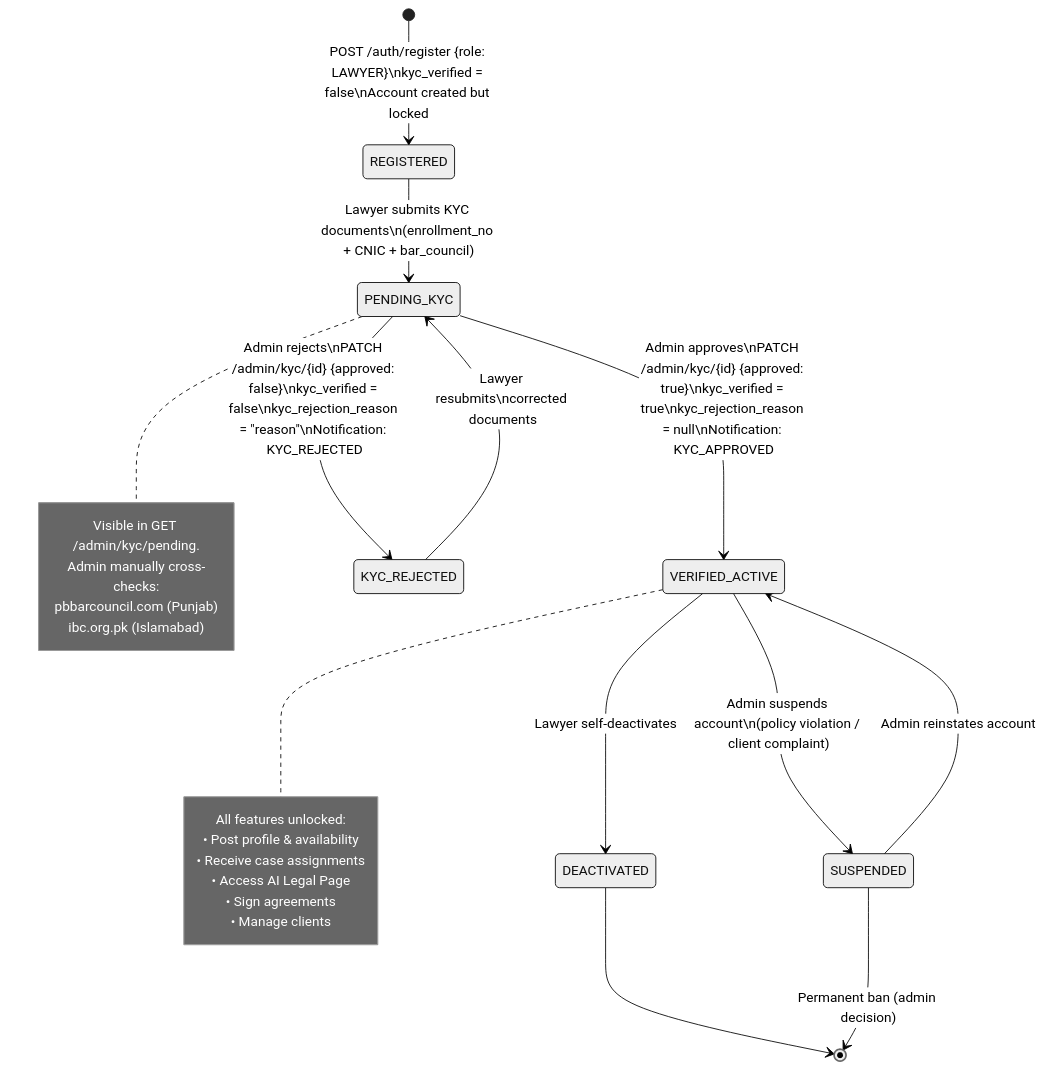
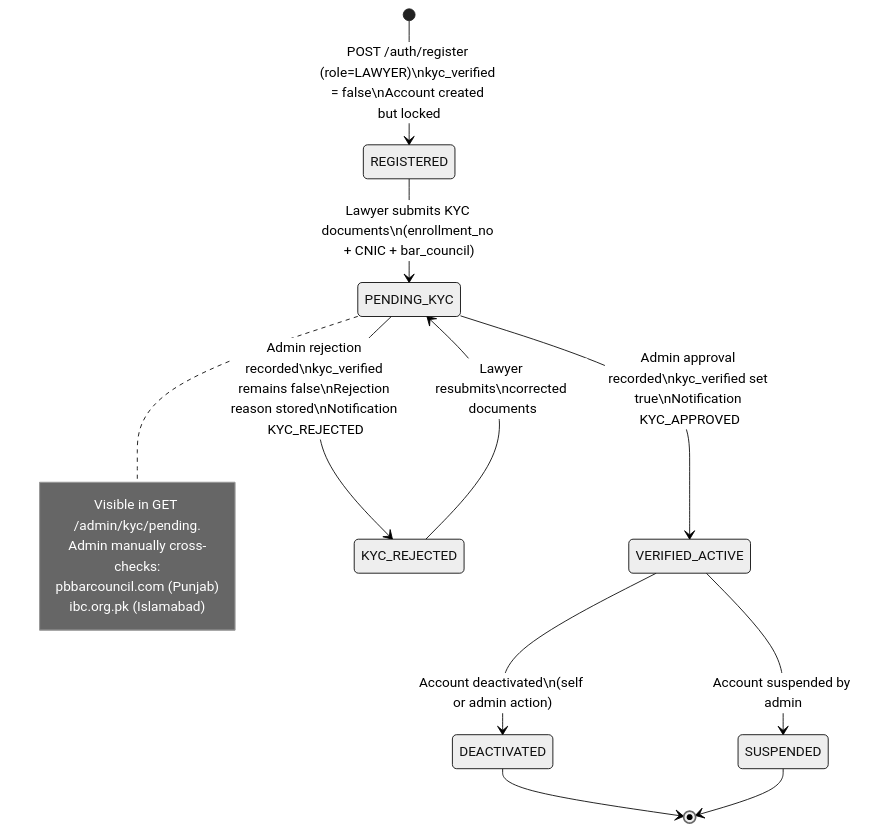
Before and after one commit to muhammadusamahoyrr/fyp: diagram 15 of 19 in DIAGRAMS.md, drawn with Mermaid (neutral theme). The commit also changed other lines of this file and 64 other files, not shown here.

````diff
--- a/DIAGRAMS.md
+++ b/DIAGRAMS.md
@@ -720,37 +813,25 @@
 ```mermaid
 stateDiagram-v2
-    [*] --> REGISTERED : POST /auth/register {role: LAWYER}\nkyc_verified = false\nAccount created but locked
+    [*] --> REGISTERED : POST /auth/register (role=LAWYER)\nkyc_verified = false\nAccount created but locked
 
     REGISTERED --> PENDING_KYC : Lawyer submits KYC documents\n(enrollment_no + CNIC + bar_council)
 
     note right of PENDING_KYC
         Visible in GET /admin/kyc/pending.
         Admin manually cross-checks:
         pbbarcouncil.com (Punjab)
         ibc.org.pk (Islamabad)
     end note
 
-    PENDING_KYC --> VERIFIED_ACTIVE : Admin approves\nPATCH /admin/kyc/{id} {approved: true}\nkyc_verified = true\nkyc_rejection_reason = null\nNotification: KYC_APPROVED
+    PENDING_KYC --> VERIFIED_ACTIVE : Admin approval recorded\nkyc_verified set true\nNotification KYC_APPROVED
 
-    note right of VERIFIED_ACTIVE
-        All features unlocked:
-        • Post profile & availability
-        • Receive case assignments
-        • Access AI Legal Page
-        • Sign agreements
-        • Manage clients
-    end note
-
-    PENDING_KYC --> KYC_REJECTED : Admin rejects\nPATCH /admin/kyc/{id} {approved: false}\nkyc_verified = false\nkyc_rejection_reason = "reason"\nNotification: KYC_REJECTED
+    PENDING_KYC --> KYC_REJECTED : Admin rejection recorded\nkyc_verified remains false\nRejection reason stored\nNotification KYC_REJECTED
 
     KYC_REJECTED --> PENDING_KYC : Lawyer resubmits\ncorrected documents
 
-    VERIFIED_ACTIVE --> SUSPENDED : Admin suspends account\n(policy violation / client complaint)
-
-    SUSPENDED --> VERIFIED_ACTIVE : Admin reinstates account
-
-    VERIFIED_ACTIVE --> DEACTIVATED : Lawyer self-deactivates
+    VERIFIED_ACTIVE --> SUSPENDED : Account suspended by admin
+    VERIFIED_ACTIVE --> DEACTIVATED : Account deactivated\n(self or admin action)
 
     DEACTIVATED --> [*]
-    SUSPENDED --> [*] : Permanent ban (admin decision)
+    SUSPENDED --> [*]
 ```
````
